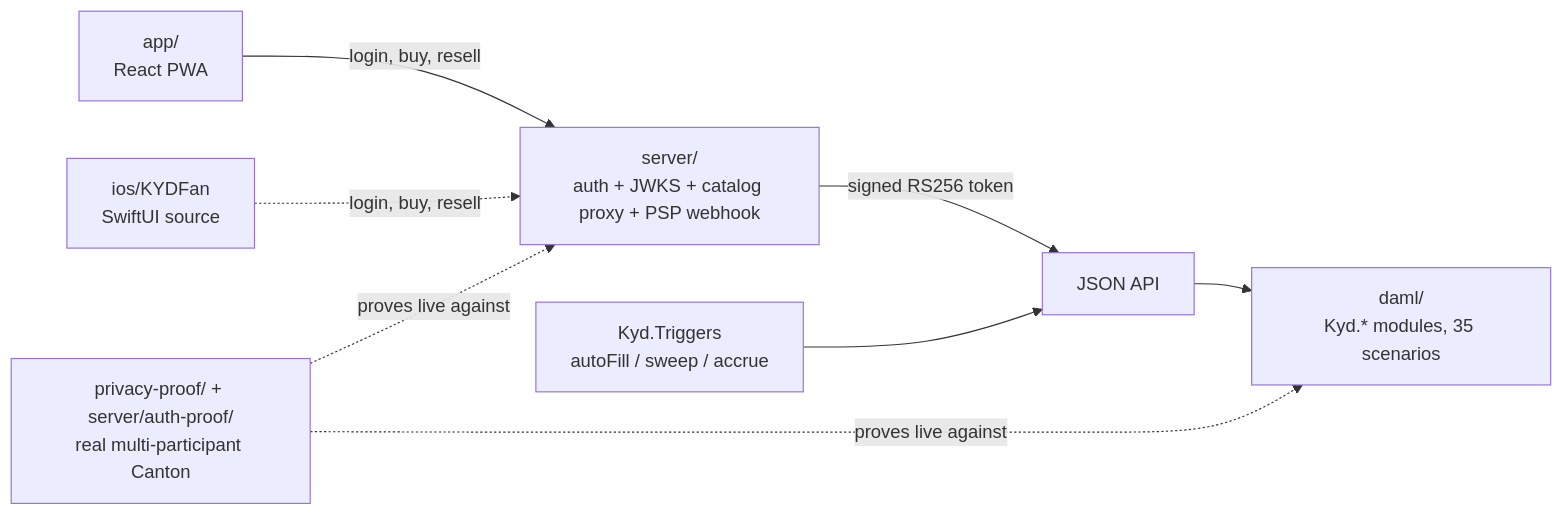
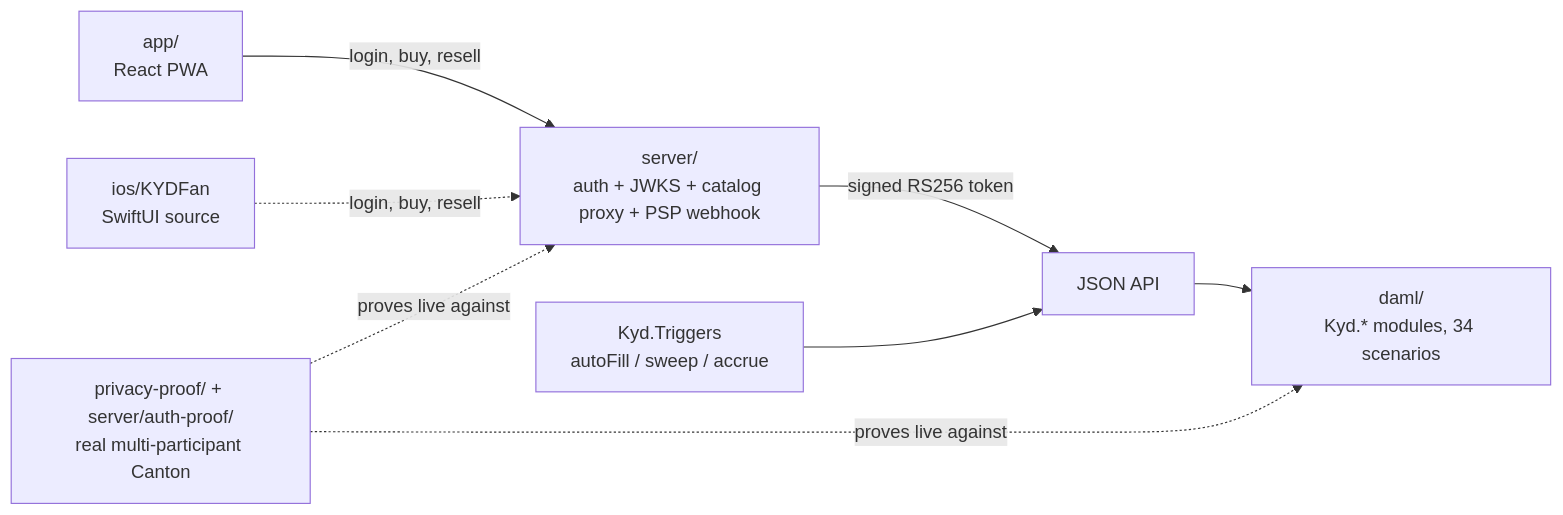
One commit to 0xSoftBoi/01 changed the diagram in canton/kyd-tix/HANDOFF.md. Above: the diagram before and after it, drawn with Mermaid. The commit also changed other lines of this file and 28 other files, not shown here.

````diff
--- a/canton/kyd-tix/HANDOFF.md
+++ b/canton/kyd-tix/HANDOFF.md
@@ -8,18 +8,18 @@
 ```mermaid
 flowchart LR
   APP["app/<br/>React PWA"]
   IOS["ios/KYDFan<br/>SwiftUI source"]
   SERVER["server/<br/>auth + JWKS + catalog proxy + PSP webhook"]
   JSONAPI["JSON API"]
-  DAML["daml/<br/>Kyd.* modules, 35 scenarios"]
+  DAML["daml/<br/>Kyd.* modules, 34 scenarios"]
   TRIGGERS["Kyd.Triggers<br/>autoFill / sweep / accrue"]
   PROOFS["privacy-proof/ + server/auth-proof/<br/>real multi-participant Canton"]
 
   APP -->|"login, buy, resell"| SERVER
   IOS -.->|"login, buy, resell"| SERVER
   SERVER -->|"signed RS256 token"| JSONAPI
   TRIGGERS --> JSONAPI
   JSONAPI --> DAML
   PROOFS -.->|"proves live against"| DAML
   PROOFS -.->|"proves live against"| SERVER
 ```
````
